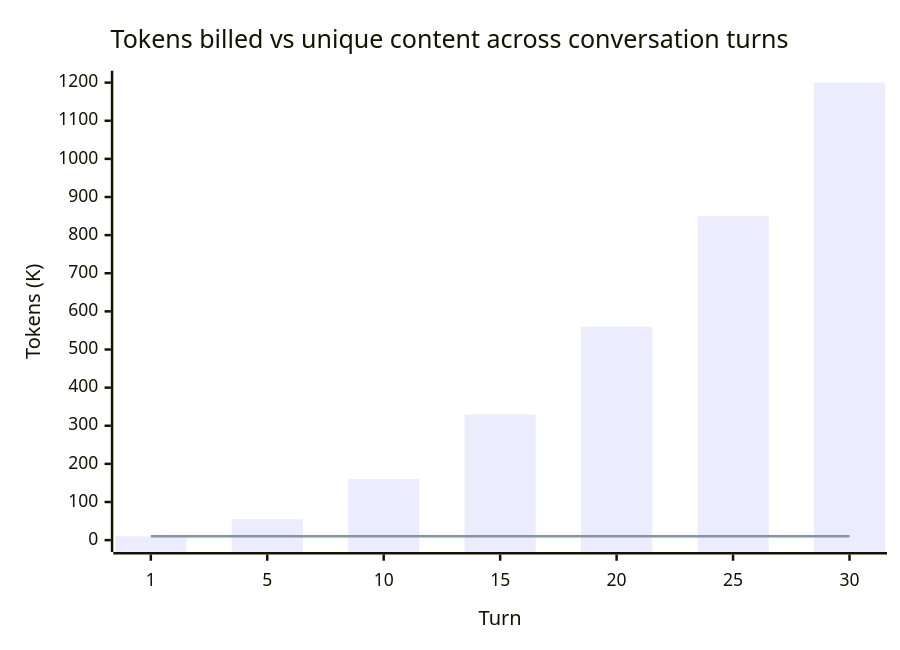
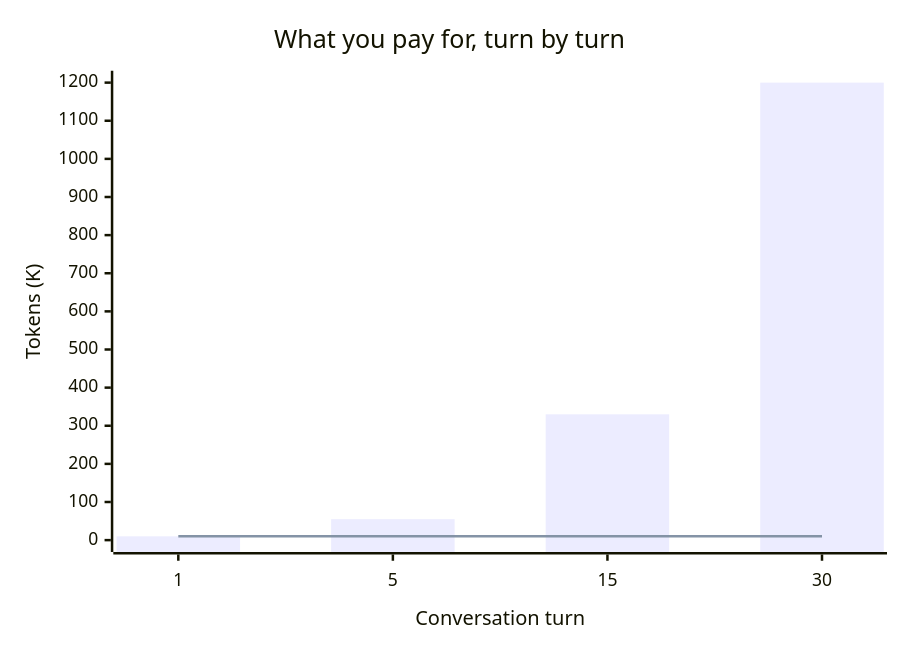
The diagram in README.md (NaheedRayan/copytab), drawn with Mermaid before and after one commit.

````diff
--- a/README.md
+++ b/README.md
@@ -17,8 +17,8 @@
 ```mermaid
 xychart-beta
-  title "Tokens billed vs unique content across conversation turns"
-  x-axis "Turn" [1, 5, 10, 15, 20, 25, 30]
+  title "What you pay for, turn by turn"
+  x-axis "Conversation turn" [1, 5, 15, 30]
   y-axis "Tokens (K)" 0 --> 1200
-  bar [10, 55, 160, 330, 560, 850, 1200]
-  line [10, 10, 10, 10, 10, 10, 10]
+  bar [10, 55, 330, 1200]
+  line [10, 10, 10, 10]
 ```
````
